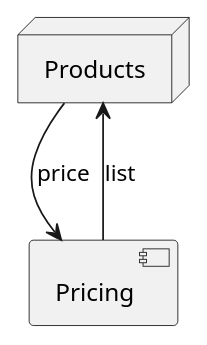
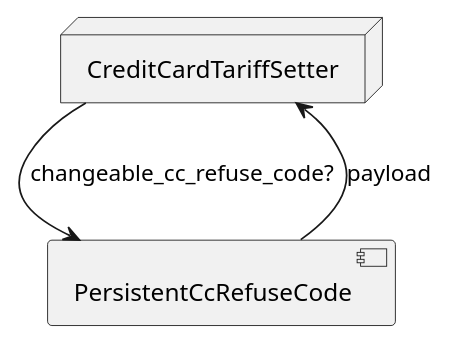
One commit to sergio-fry/slides changed the third of 3 diagrams in module-vs-class/slides.md. Above: the diagram before and after it, drawn with PlantUML. The commit also changed other lines of this file, not shown here.

````diff
--- a/module-vs-class/slides.md
+++ b/module-vs-class/slides.md
@@ -317,14 +346,14 @@
 ```plantuml
 @startuml
 
-node "Products" {
+node "CreditCardTariffSetter" {
 }
 
-[Pricing]
+[PersistentCcRefuseCode]
 
-Products --> Pricing: price
-Pricing --> Products: list
+CreditCardTariffSetter --> PersistentCcRefuseCode: changeable_cc_refuse_code?
+PersistentCcRefuseCode --> CreditCardTariffSetter: payload
 
 @enduml
 
 ```
````
